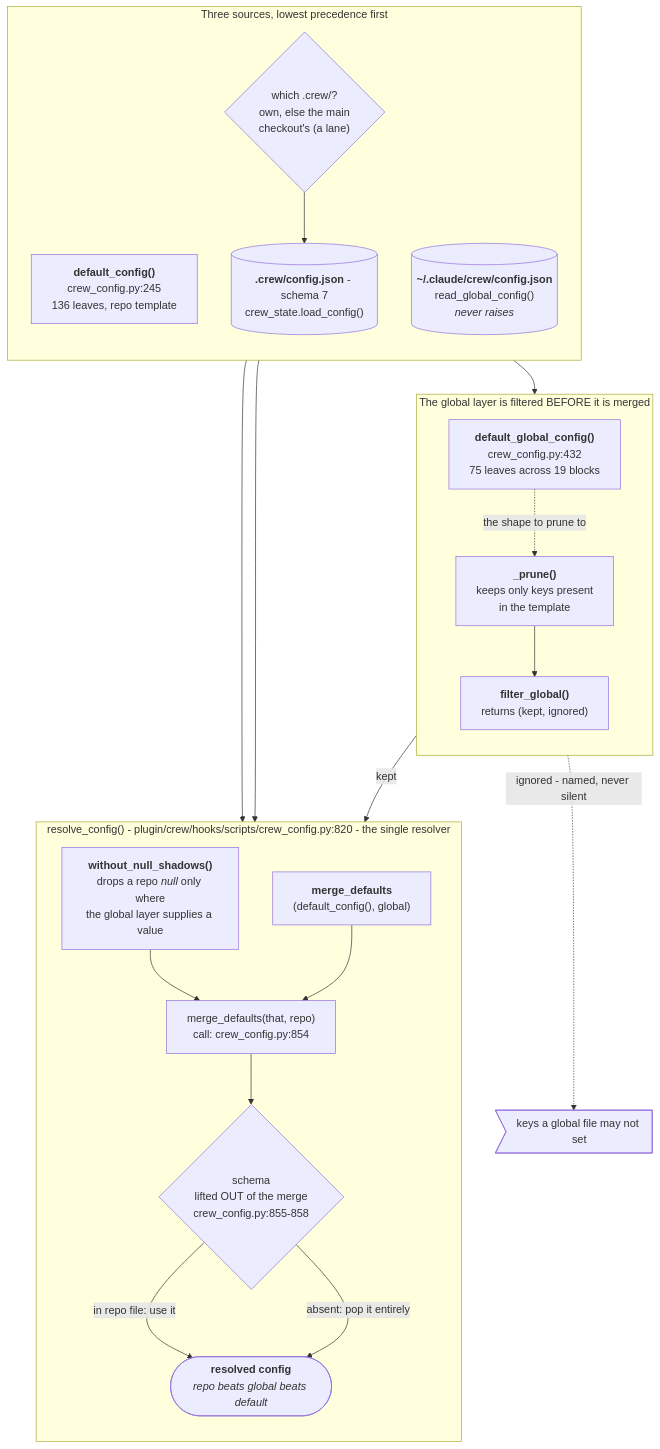
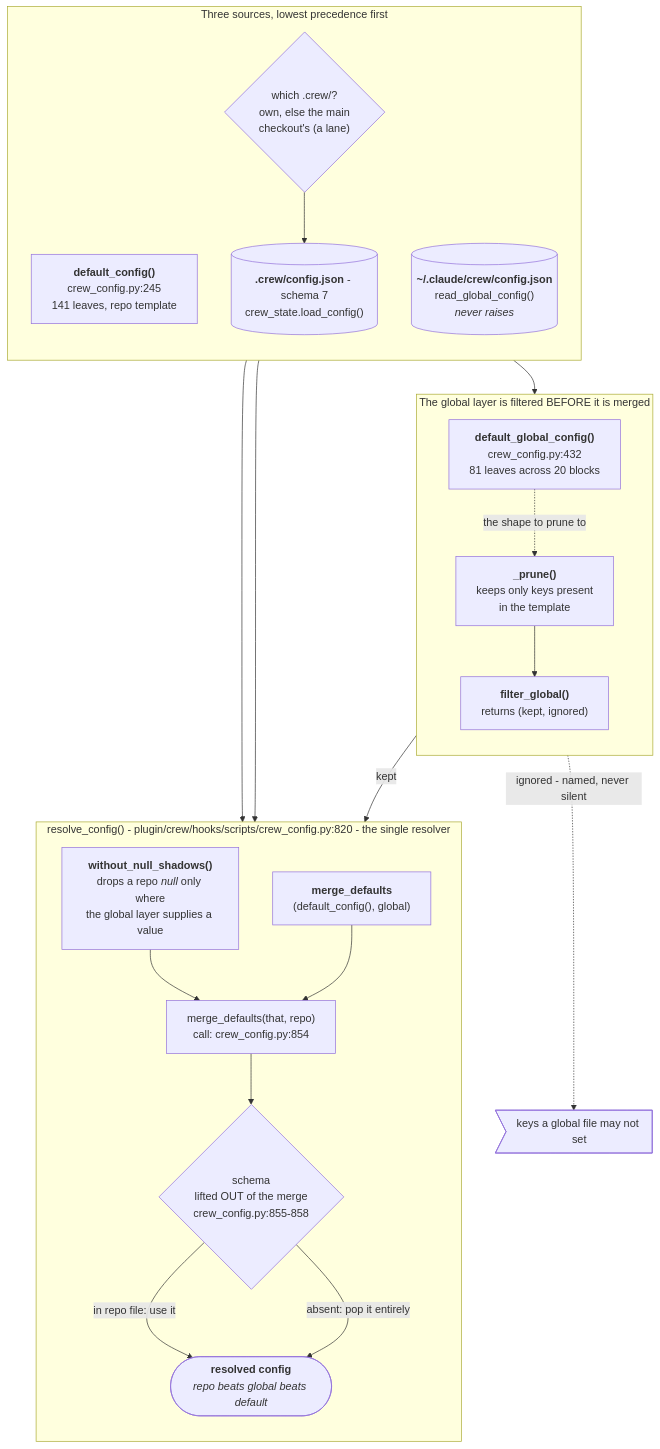
Before and after one commit to mbadali25/useful-claude-add-ons: the sixth of 36 diagrams in docs/diagrams/README.md, drawn with Mermaid. The commit also changed other lines of this file and 18 other files, not shown here.

First line of the commit message:
batch 7: regenerate rules, config reference, diagrams README, the four changed guides; re-measure BUDGETS

````diff
--- a/docs/diagrams/README.md
+++ b/docs/diagrams/README.md
@@ -279,41 +279,41 @@
 ```mermaid
 flowchart TB
 
     subgraph Sources["Three sources, lowest precedence first"]
         direction TB
-        DEF["<b>default_config()</b><br/>crew_config.py:245<br/>136 leaves, repo template"]
+        DEF["<b>default_config()</b><br/>crew_config.py:245<br/>141 leaves, repo template"]
         GLB[("<b>~/.claude/crew/config.json</b><br/>read_global_config()<br/><i>never raises</i>")]
         RES{"which .crew/?<br/>own, else the main<br/>checkout's (a lane)"}
         REPO[("<b>.crew/config.json</b> - schema 7<br/>crew_state.load_config()")]
     end
 
     subgraph Gate["The global layer is filtered BEFORE it is merged"]
         direction TB
-        TMPL["<b>default_global_config()</b><br/>crew_config.py:432<br/>75 leaves across 19 blocks"]
+        TMPL["<b>default_global_config()</b><br/>crew_config.py:432<br/>81 leaves across 20 blocks"]
         PRUNE["<b>_prune()</b><br/>keeps only keys present<br/>in the template"]
         FILT["<b>filter_global()</b><br/>returns (kept, ignored)"]
     end
 
     subgraph Merge["resolve_config() - plugin/crew/hooks/scripts/crew_config.py:820 - the single resolver"]
         direction TB
         NULLS["<b>without_null_shadows()</b><br/>drops a repo <i>null</i> only where<br/>the global layer supplies a value"]
         M1["<b>merge_defaults</b><br/>(default_config(), global)"]
         M2["merge_defaults(that, repo)<br/>call: crew_config.py:854"]
         SCHEMA{"schema<br/>lifted OUT of the merge<br/>crew_config.py:855-858"}
         OUT(["<b>resolved config</b><br/><i>repo beats global beats default</i>"])
     end
 
     DEF --> M1
     GLB --> FILT
     TMPL -.->|"the shape to prune to"| PRUNE
     PRUNE --> FILT
     FILT -->|kept| M1
     FILT -.->|"ignored - named, never silent"| IGN>"keys a global file may not set"]
     RES --> REPO
     REPO --> NULLS
     NULLS --> M2
     M1 --> M2
     M2 --> SCHEMA
     SCHEMA -->|"in repo file: use it"| OUT
     SCHEMA -->|"absent: pop it entirely"| OUT
 ```
````
